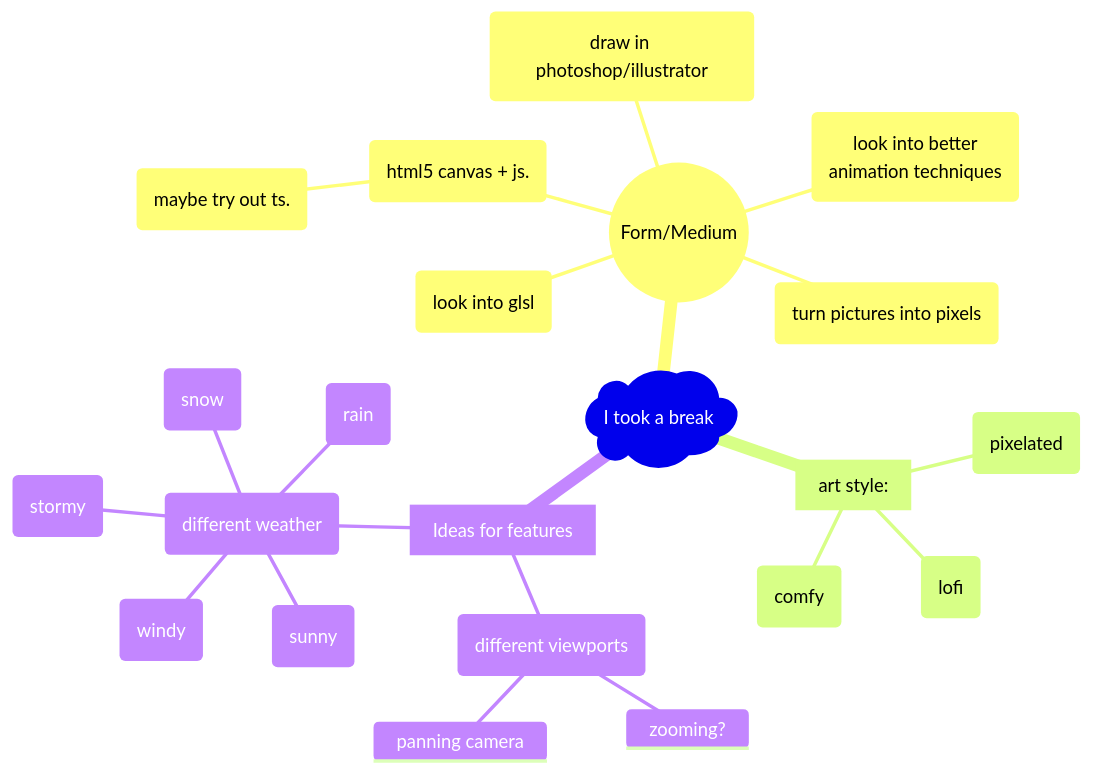
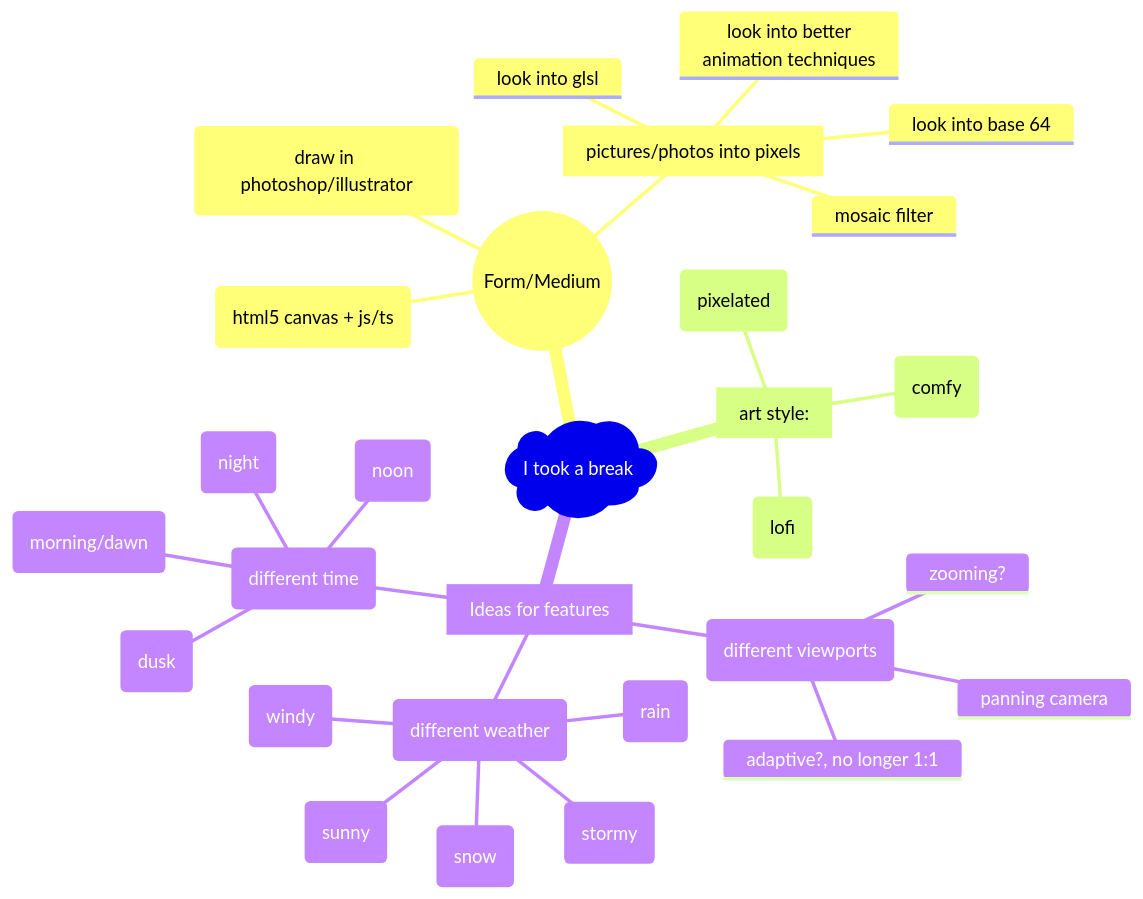
One commit to flokleiser/Break-HSLU changed the diagram in README.md. Above: the diagram before and after it, drawn with Mermaid. The commit also changed other lines of this file and 1 other file, not shown here.

Commit message:
updates aufgabenstellung & mindmap

````diff
--- a/README.md
+++ b/README.md
@@ -12,30 +32,38 @@
 ```mermaid
 mindmap
     )I took a break(
 
         ((Form/Medium))
-            (html5 canvas + js.)
-                (maybe try out ts.)
+            (html5 canvas + js/ts)
             (draw in photoshop/illustrator)
-            (turn pictures into pixels)
-            (look into glsl)
-            (look into better <br> animation techniques)
+            [pictures/photos into pixels]
+                mosaic filter
+                look into base 64
+                look into glsl
+                look into better <br> animation techniques
 
         [art style:] 
             (pixelated)
             (lofi)
             (comfy)
 
         [Ideas for features]
             (different viewports)
+                adaptive?, no longer 1:1
                 zooming?
                 panning camera
 
             (different weather)
                 (rain)
                 (snow)
                 (sunny)
                 (windy)
                 (stormy)
 
+            (different time)
+                (morning/dawn)
+                (noon)
+                (dusk)
+                (night)
+
 ```
````
